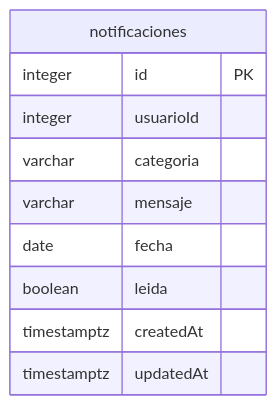
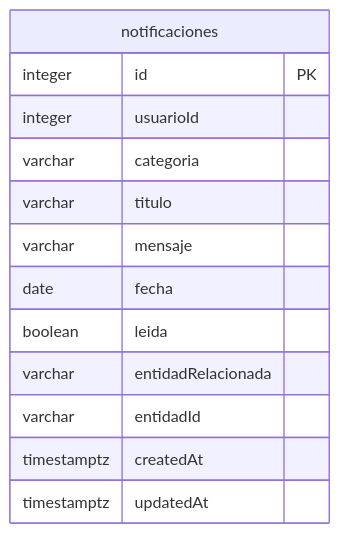
The sixth of 6 diagrams in database/MODELO-DATOS.md (Carh-rgb/uajs-smart-campus), drawn with Mermaid before and after one commit. The commit also changed other lines of this file and 10 other files, not shown here.

````diff
--- a/database/MODELO-DATOS.md
+++ b/database/MODELO-DATOS.md
@@ -500,13 +504,16 @@
 ```mermaid
 erDiagram
   notificaciones {
     integer id PK
     integer usuarioId
     varchar categoria
+    varchar titulo
     varchar mensaje
     date fecha
     boolean leida
+    varchar entidadRelacionada
+    varchar entidadId
     timestamptz createdAt
     timestamptz updatedAt
   }
 ```
````
